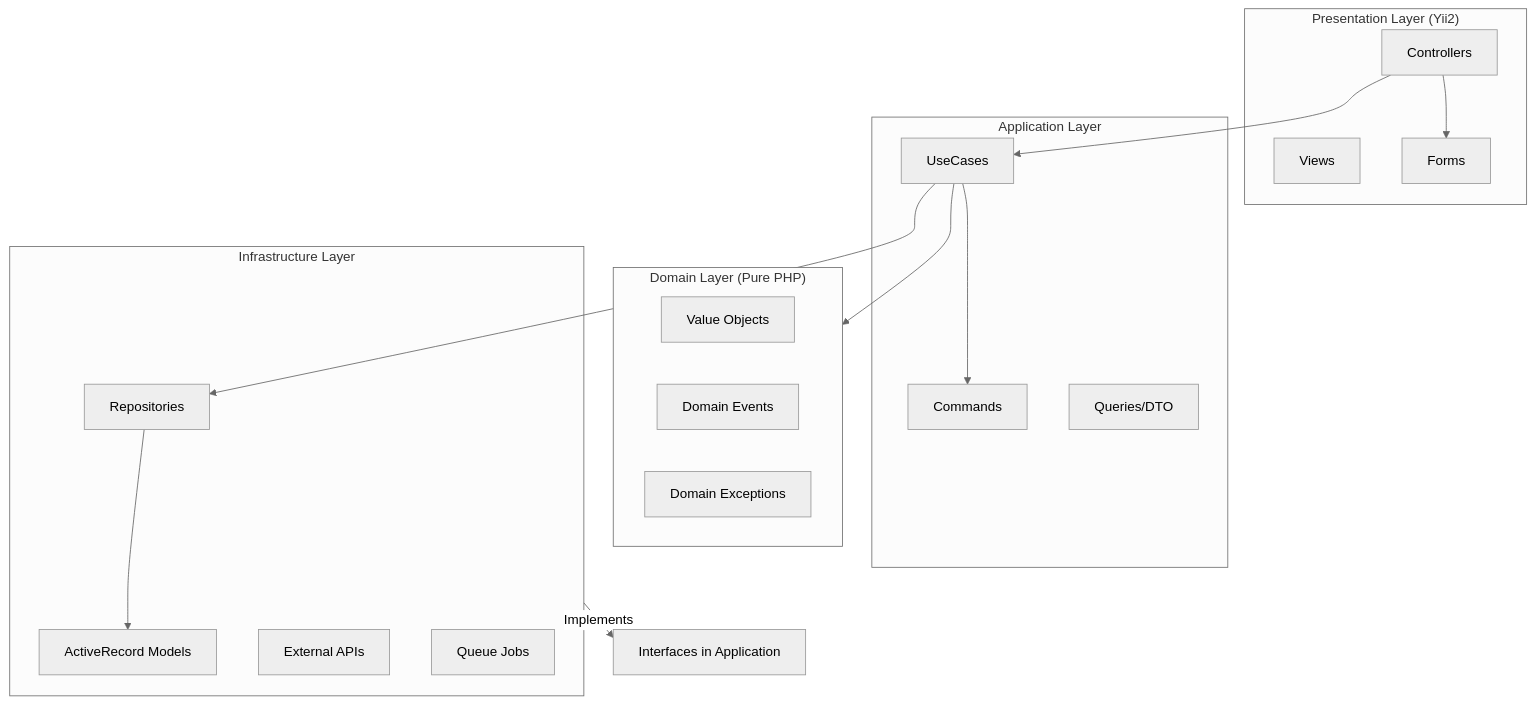
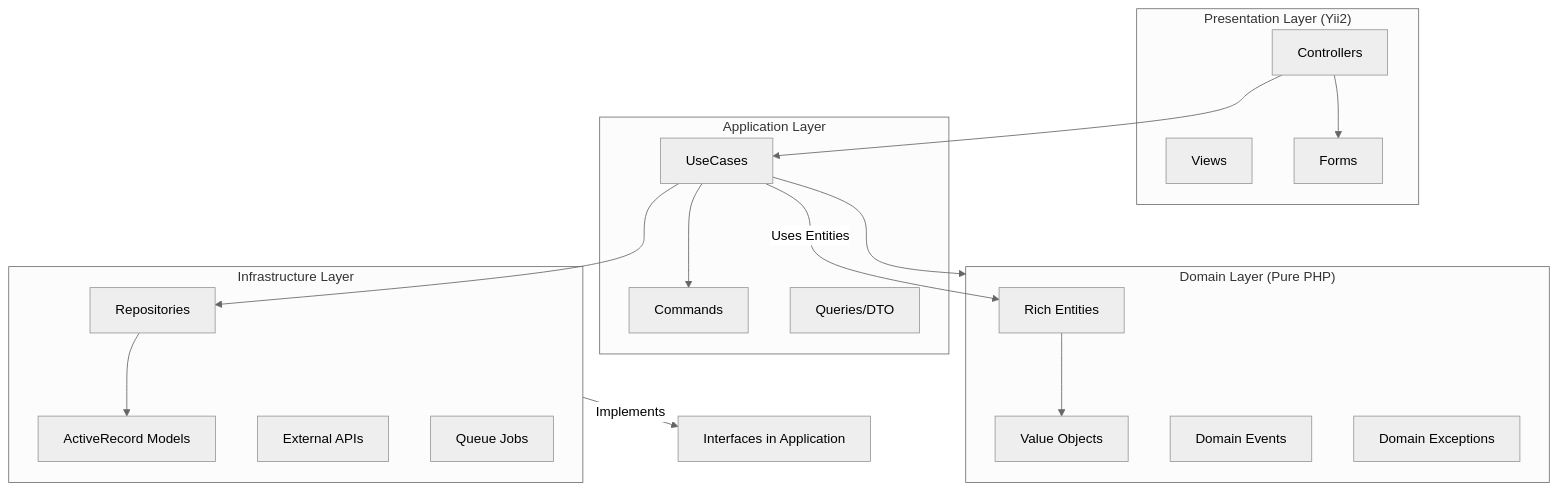
One commit to WarLikeLaux/yii2-book-catalog changed the diagram in docs/ARCHITECTURE.md. Above: the diagram before and after it, drawn with Mermaid (neutral theme). The commit also changed other lines of this file, not shown here.

Commit message:
#22 - updated ARCHITECTURE.md to reflect Rich Domain Entities implementation

````diff
--- a/docs/ARCHITECTURE.md
+++ b/docs/ARCHITECTURE.md
@@ -40,36 +40,39 @@
 ```mermaid
 graph TD
     subgraph Presentation ["Presentation Layer (Yii2)"]
         Controllers[Controllers]
         Views[Views]
         Forms[Forms]
     end
 
     subgraph Application ["Application Layer"]
         UseCases[UseCases]
         Commands[Commands]
         Queries[Queries/DTO]
         UseCases --> Commands
     end
 
     subgraph Domain ["Domain Layer (Pure PHP)"]
+        Entities[Rich Entities]
         VO[Value Objects]
         Events[Domain Events]
         Exceptions[Domain Exceptions]
+        Entities --> VO
     end
 
     subgraph Infrastructure ["Infrastructure Layer"]
         Repositories[Repositories]
         ActiveRecord[ActiveRecord Models]
         ExternalAPI[External APIs]
         Queue[Queue Jobs]
     end
 
     %% Dependencies
     Controllers --> UseCases
     Controllers --> Forms
     UseCases --> Domain
+    UseCases -- Uses Entities --> Entities
     UseCases --> Repositories
     Repositories --> ActiveRecord
     Infrastructure -- Implements --> Ports[Interfaces in Application]
 ```
````
